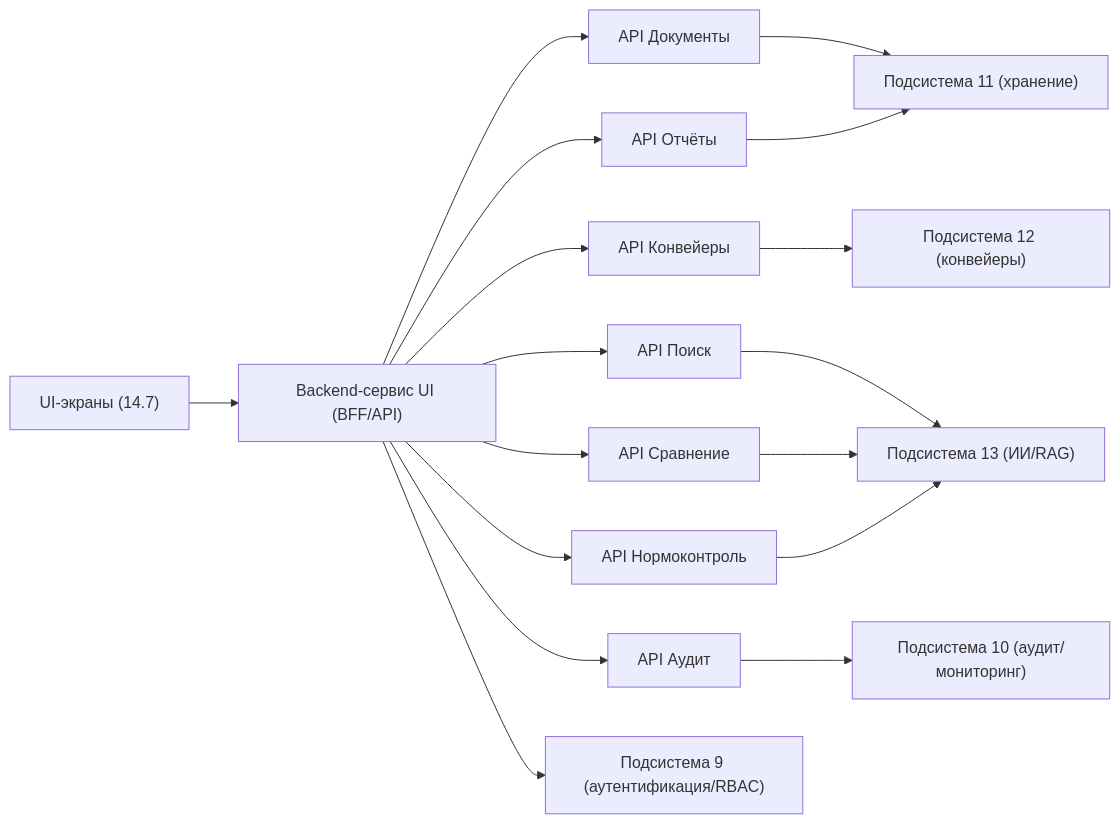
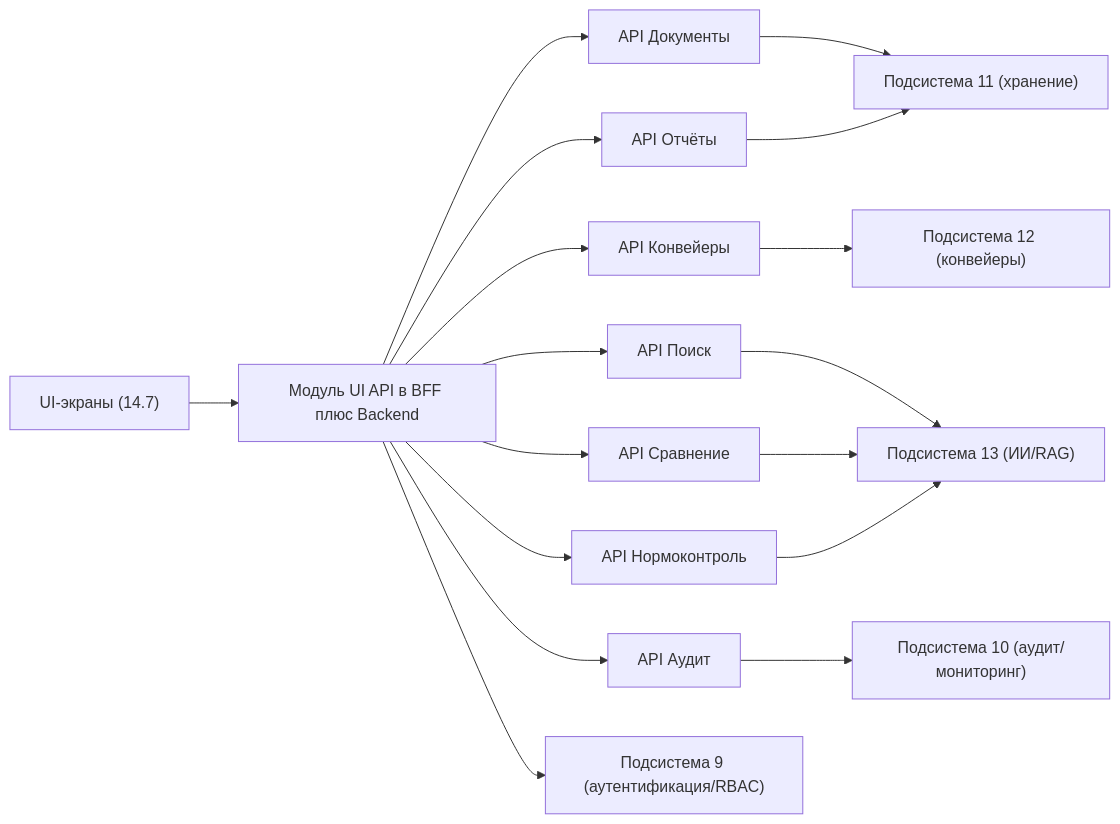
Diagram 18 of 19 in Farmadoc_documentation/1.Пояснительная записка к техническому проекту.md (Trump68/infra), drawn with Mermaid before and after one commit. The commit also changed other lines of this file, not shown here.

First line of the commit message:
docs: update Фармадок documentation to clarify architecture and service integration

````diff
--- a/Farmadoc_documentation/1.Пояснительная записка к техническому проекту.md
+++ b/Farmadoc_documentation/1.Пояснительная записка к техническому проекту.md
@@ -2465,21 +2463,21 @@
 ```mermaid
 flowchart LR
-  ui["UI-экраны (14.7)"] --> bff["Backend-сервис UI (BFF/API)"]
+  ui["UI-экраны (14.7)"] --> bff["Модуль UI API в BFF плюс Backend"]
 
   bff --> apiDocs["API Документы"]
   bff --> apiPipes["API Конвейеры"]
   bff --> apiSearch["API Поиск"]
   bff --> apiCompare["API Сравнение"]
   bff --> apiCompliance["API Нормоконтроль"]
   bff --> apiReports["API Отчёты"]
   bff --> apiAudit["API Аудит"]
 
   apiDocs --> s11["Подсистема 11 (хранение)"]
   apiPipes --> s12["Подсистема 12 (конвейеры)"]
   apiSearch --> s13["Подсистема 13 (ИИ/RAG)"]
   apiCompare --> s13
   apiCompliance --> s13
   apiReports --> s11
   apiAudit --> s10["Подсистема 10 (аудит/мониторинг)"]
   bff --> s9["Подсистема 9 (аутентификация/RBAC)"]
 ```
````
